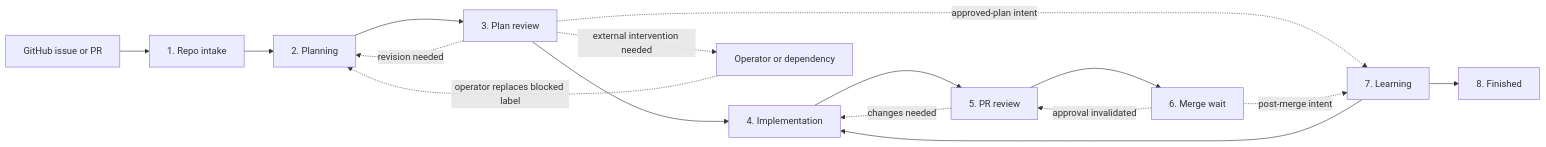
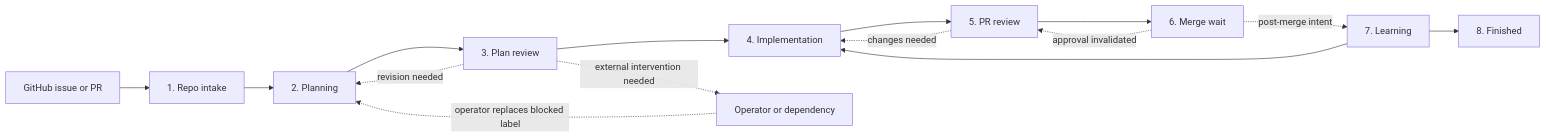
Before and after one commit to HomericIntelligence/Hephaestus: the second of 16 diagrams in docs/architecture.md, drawn with Mermaid. The commit also changed other lines of this file and 408 other files, not shown here.

````diff
--- a/docs/architecture.md
+++ b/docs/architecture.md
@@ -722,19 +724,18 @@
 ```mermaid
 flowchart LR
     GH["GitHub issue or PR"] --> R["1. Repo intake"]
     R --> P["2. Planning"]
     P --> V["3. Plan review"]
     V --> I["4. Implementation"]
     I --> Q["5. PR review"]
     Q --> M["6. Merge wait"]
-    V -. "approved-plan intent" .-> L["7. Learning"]
-    M -. "post-merge intent" .-> L
+    M -. "post-merge intent" .-> L["7. Learning"]
     L --> I
     L --> F["8. Finished"]
 
     V -. "revision needed" .-> P
     V -. "external intervention needed" .-> H["Operator or dependency"]
     H -. "operator replaces blocked label" .-> P
     Q -. "changes needed" .-> I
     M -. "approval invalidated" .-> Q
 ```
````
